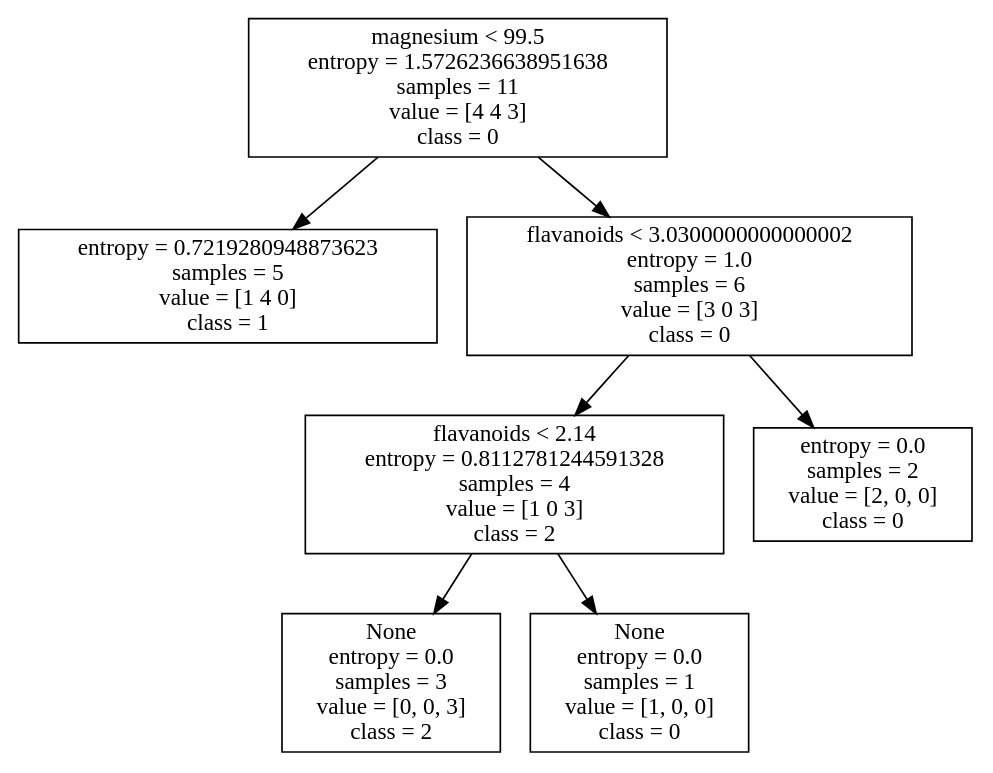
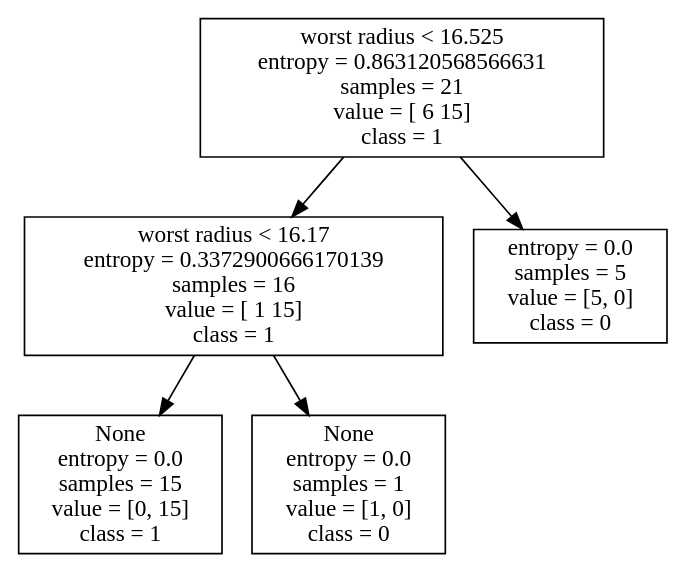
One commit to gomljo/DecisionTreeForPaper changed the diagram in result/my log file/_result0.dot. Above: the diagram before and after it, drawn with Graphviz. The commit also changed 38 other files, not shown here.

Commit message:
change empty node to None

```diff
--- a/result/my log file/_result0.dot
+++ b/result/my log file/_result0.dot
@@ -1,21 +1,15 @@
 digraph Tree {
-node [shape=box] ;0[label="magnesium < 99.5\nentropy = 1.5726236638951638\nsamples = 11\nvalue = [4 4 3]\nclass = 0"] ;
-1[label="entropy = 0.7219280948873623\nsamples = 5\nvalue = [1 4 0]\nclass = 1"] ;
+node [shape=box] ;0[label="worst radius < 16.525\nentropy = 0.863120568566631\nsamples = 21\nvalue = [ 6 15]\nclass = 1"] ;
+1[label="worst radius < 16.17\nentropy = 0.3372900666170139\nsamples = 16\nvalue = [ 1 15]\nclass = 1"] ;
 0 -> 1 ;
 
-2[label="flavanoids < 3.0300000000000002\nentropy = 1.0\nsamples = 6\nvalue = [3 0 3]\nclass = 0"] ;
-0 -> 2 ;
+2[label="None\nentropy = 0.0\nsamples = 15\nvalue = [0, 15]\nclass = 1"] ;
+1 -> 2 ;
 
-3[label="flavanoids < 2.14\nentropy = 0.8112781244591328\nsamples = 4\nvalue = [1 0 3]\nclass = 2"] ;
-2 -> 3 ;
+3[label="None\nentropy = 0.0\nsamples = 1\nvalue = [1, 0]\nclass = 0"] ;
+1 -> 3 ;
 
-4[label="None\nentropy = 0.0\nsamples = 3\nvalue = [0, 0, 3]\nclass = 2"] ;
-3 -> 4 ;
-
-5[label="None\nentropy = 0.0\nsamples = 1\nvalue = [1, 0, 0]\nclass = 0"] ;
-3 -> 5 ;
-
-6[label="entropy = 0.0\nsamples = 2\nvalue = [2, 0, 0]\nclass = 0"] ;
-2 -> 6 ;
+4[label="entropy = 0.0\nsamples = 5\nvalue = [5, 0]\nclass = 0"] ;
+0 -> 4 ;
 
 }
```
